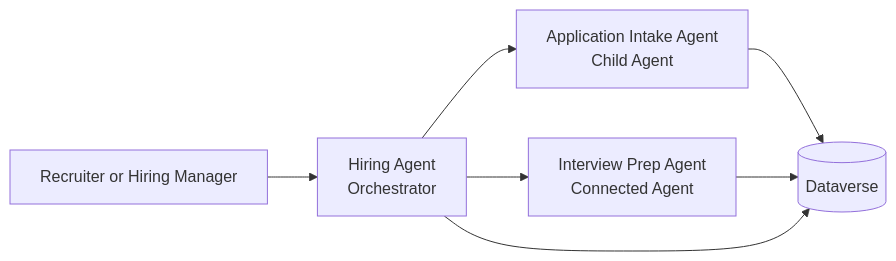
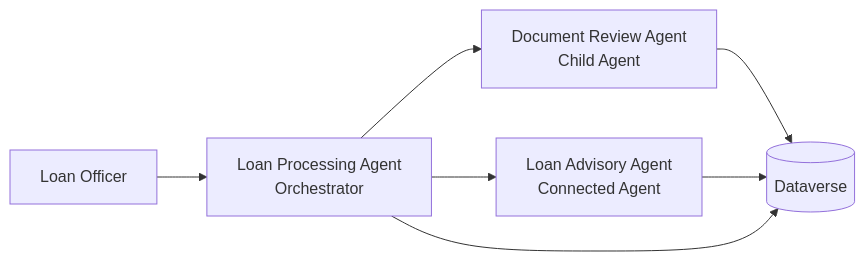
One commit to judeper/copilot-studio-workshop changed the diagram in workshop/labs/lab-15-multi-agent/README.md. Above: the diagram before and after it, drawn with Mermaid. The commit also changed other lines of this file and 32 other files, not shown here.

````diff
--- a/workshop/labs/lab-15-multi-agent/README.md
+++ b/workshop/labs/lab-15-multi-agent/README.md
@@ -21,15 +21,15 @@
 ```mermaid
 flowchart LR
-    HM[Recruiter or Hiring Manager]
-    HA[Hiring Agent\nOrchestrator]
-    AIA[Application Intake Agent\nChild Agent]
-    IPA[Interview Prep Agent\nConnected Agent]
+    LO[Loan Officer]
+    LPA[Loan Processing Agent\nOrchestrator]
+    DRA[Document Review Agent\nChild Agent]
+    LAA[Loan Advisory Agent\nConnected Agent]
     DV[(Dataverse)]
 
-    HM --> HA
-    HA --> AIA
-    HA --> IPA
-    AIA --> DV
-    IPA --> DV
-    HA --> DV
+    LO --> LPA
+    LPA --> DRA
+    LPA --> LAA
+    DRA --> DV
+    LAA --> DV
+    LPA --> DV
 ```
````
